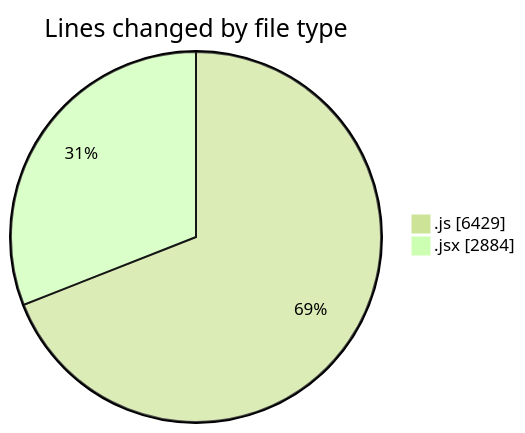
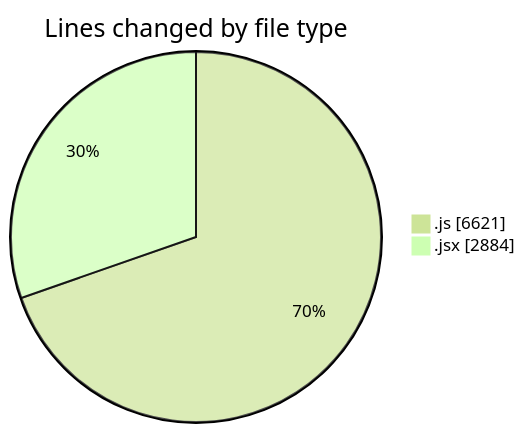
One commit to nxtqubesakshisongat/code-tracking changed the first of 2 diagrams in 2025-09-26/nxtqube_webapp/README.md. Above: the diagram before and after it, drawn with Mermaid (forest theme). The commit also changed other lines of this file and 1 other file, not shown here.

````diff
--- a/2025-09-26/nxtqube_webapp/README.md
+++ b/2025-09-26/nxtqube_webapp/README.md
@@ -23,6 +24,6 @@
 ```mermaid
 pie showData
 title Lines changed by file type
-".js" : 6429
+".js" : 6621
 ".jsx" : 2884
 ```
````
